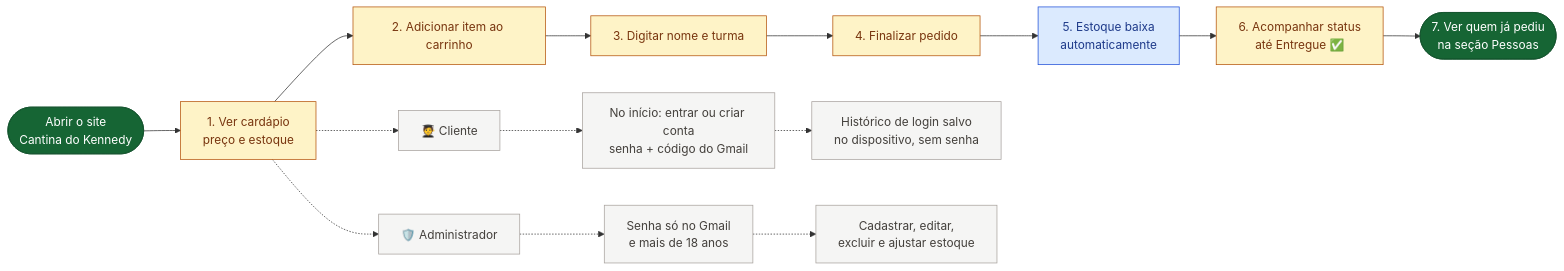
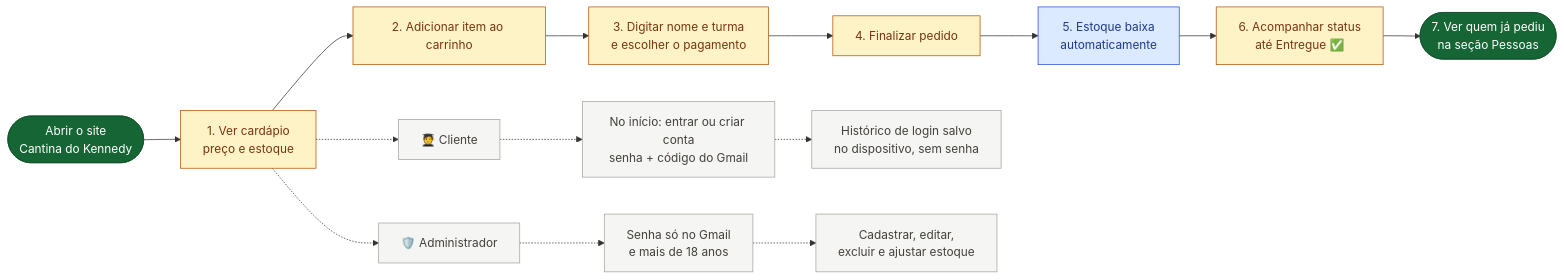
One commit to afonsomiguel700/cantina-kennedy changed the diagram in fluxograma-simples.md. Above: the diagram before and after it, drawn with Mermaid. The commit also changed 9 other files, not shown here.

````diff
--- a/fluxograma-simples.md
+++ b/fluxograma-simples.md
@@ -12,29 +12,29 @@
 ```mermaid
 flowchart LR
     A(["Abrir o site<br/>Cantina do Kennedy"])
     B["1. Ver cardápio<br/>preço e estoque"]
     C["2. Adicionar item ao carrinho"]
-    D["3. Digitar nome e turma"]
+    D["3. Digitar nome e turma<br/>e escolher o pagamento"]
     E["4. Finalizar pedido"]
     F["5. Estoque baixa<br/>automaticamente"]
     G["6. Acompanhar status<br/>até Entregue ✅"]
     H(["7. Ver quem já pediu<br/>na seção Pessoas"])
 
     A --> B --> C --> D --> E --> F --> G --> H
 
     B -.-> I["🧑‍🎓 Cliente"]
     I -.-> J["No início: entrar ou criar conta<br/>senha + código do Gmail"]
     J -.-> N["Histórico de login salvo<br/>no dispositivo, sem senha"]
     B -.-> L["🛡️ Administrador"]
     L -.-> M["Senha só no Gmail<br/>e mais de 18 anos"]
     M -.-> K["Cadastrar, editar,<br/>excluir e ajustar estoque"]
 
     classDef inicio fill:#166534,stroke:#14532d,color:#ffffff;
     classDef acao fill:#fef3c7,stroke:#b45309,color:#78350f;
     classDef salvo fill:#dbeafe,stroke:#1d4ed8,color:#1e3a8a;
     classDef extra fill:#f5f5f4,stroke:#a8a29e,color:#44403c;
     class A,H inicio;
     class B,C,D,E,G acao;
     class F salvo;
     class I,J,L,M,K,N extra;
 ```
````
